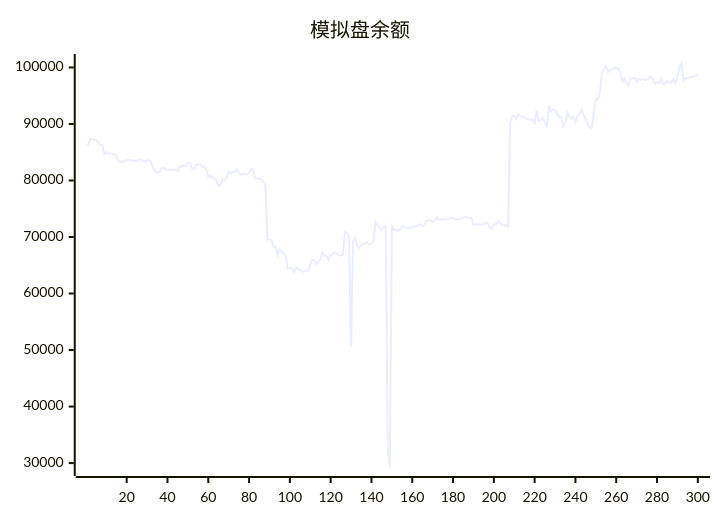
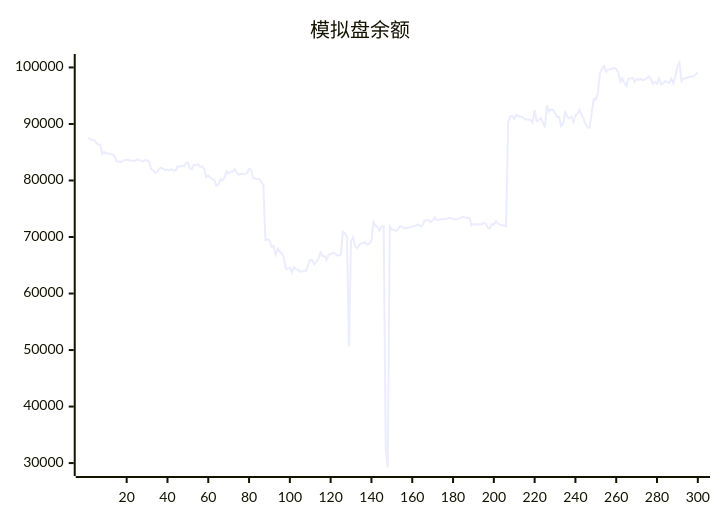
The diagram in README.md (aahl/ai-trading), drawn with Mermaid before and after one commit. The commit also changed other lines of this file and 1 other file, not shown here.

````diff
--- a/README.md
+++ b/README.md
@@ -5,5 +5,5 @@
 ```mermaid
 xychart
     title "模拟盘余额"
-    line [86066,87420,87373,87161,87178,86740,86341,86315,84643,85012,84772,84768,84690,84635,84376,83360,83357,83259,83474,83608,83606,83602,83548,83440,83454,83724,83644,83464,83365,83590,83592,83275,82072,81806,81344,81492,82109,82254,82006,81848,81955,81829,82022,81769,81776,82522,82441,82656,82498,83144,83144,82150,82038,82797,82763,82872,82367,82536,81981,80612,80862,80484,80242,80034,79063,79245,80226,80016,80507,81625,81233,81544,81578,82016,81401,81019,81186,81130,81118,81306,82066,81909,80392,80304,80291,80258,79729,79261,69466,69579,69456,68251,68415,66832,67911,67462,67144,66432,64380,64375,64606,63740,64647,64324,64216,63842,63877,64078,64008,65156,65945,65888,65157,65625,66144,67284,66653,66639,65924,66925,66956,67263,67108,66766,66729,66886,70927,70673,70049,50652,69334,69973,68400,68061,68578,68876,68879,69055,68662,68822,69329,72687,71999,71760,71162,71911,71896,32500,29218,71927,71297,71305,71044,71337,71883,71822,71536,71536,71622,71723,71880,71860,72100,72216,71887,72077,72940,72976,72966,72638,72948,73497,73004,73041,73173,73160,73186,73258,73375,73351,73173,73098,73161,73305,73474,73536,73457,73413,73412,72100,72333,72164,72272,72204,72285,72461,72421,71652,71521,72267,72157,72774,72424,72144,72060,72091,71858,90185,91338,91466,90900,91678,91404,91268,91244,90903,90779,90787,90721,90187,92429,90518,90619,91070,90328,89376,93286,92202,92581,92485,91947,91196,91259,89619,90086,92063,91355,90950,91327,90373,91498,91800,92531,91603,90910,90031,89351,89334,92097,94406,94315,95455,98972,99763,100286,99229,99622,99701,99805,99938,99738,99082,97430,98094,97267,96741,98081,98013,98194,97447,97983,97789,97969,97729,97911,98043,98405,97912,97120,97448,97154,98095,97021,97190,97616,97402,97263,98035,97210,98424,100120,100876,97552,98049,98085,98228,98388,98342,98488,98750]
+    line [87420,87373,87161,87178,86740,86341,86315,84643,85012,84772,84768,84690,84635,84376,83360,83357,83259,83474,83608,83606,83602,83548,83440,83454,83724,83644,83464,83365,83590,83592,83275,82072,81806,81344,81492,82109,82254,82006,81848,81955,81829,82022,81769,81776,82522,82441,82656,82498,83144,83144,82150,82038,82797,82763,82872,82367,82536,81981,80612,80862,80484,80242,80034,79063,79245,80226,80016,80507,81625,81233,81544,81578,82016,81401,81019,81186,81130,81118,81306,82066,81909,80392,80304,80291,80258,79729,79261,69466,69579,69456,68251,68415,66832,67911,67462,67144,66432,64380,64375,64606,63740,64647,64324,64216,63842,63877,64078,64008,65156,65945,65888,65157,65625,66144,67284,66653,66639,65924,66925,66956,67263,67108,66766,66729,66886,70927,70673,70049,50652,69334,69973,68400,68061,68578,68876,68879,69055,68662,68822,69329,72687,71999,71760,71162,71911,71896,32500,29218,71927,71297,71305,71044,71337,71883,71822,71536,71536,71622,71723,71880,71860,72100,72216,71887,72077,72940,72976,72966,72638,72948,73497,73004,73041,73173,73160,73186,73258,73375,73351,73173,73098,73161,73305,73474,73536,73457,73413,73412,72100,72333,72164,72272,72204,72285,72461,72421,71652,71521,72267,72157,72774,72424,72144,72060,72091,71858,90185,91338,91466,90900,91678,91404,91268,91244,90903,90779,90787,90721,90187,92429,90518,90619,91070,90328,89376,93286,92202,92581,92485,91947,91196,91259,89619,90086,92063,91355,90950,91327,90373,91498,91800,92531,91603,90910,90031,89351,89334,92097,94406,94315,95455,98972,99763,100286,99229,99622,99701,99805,99938,99738,99082,97430,98094,97267,96741,98081,98013,98194,97447,97983,97789,97969,97729,97911,98043,98405,97912,97120,97448,97154,98095,97021,97190,97616,97402,97263,98035,97210,98424,100120,100876,97552,98049,98085,98228,98388,98342,98488,98750,99086]
 ```
````
